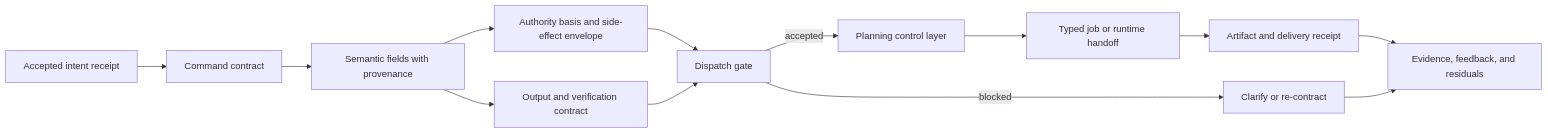
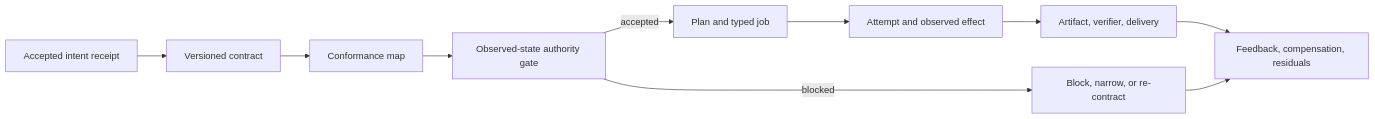
The first of 2 diagrams in chapters/intent-to-execution-contracts.qmd (corbensorenson/asi-stack-book), drawn with Mermaid before and after one commit. The commit also changed other lines of this file and 723 other files, not shown here.

````diff
--- a/chapters/intent-to-execution-contracts.qmd
+++ b/chapters/intent-to-execution-contracts.qmd
@@ -195,15 +198,21 @@
 ```{mermaid}
 flowchart LR
-  Intent["Accepted intent receipt"] --> Contract["Command contract"]
-  Contract --> Fields["Semantic fields with provenance"]
-  Fields --> Authority["Authority basis and side-effect envelope"]
-  Fields --> Output["Output and verification contract"]
-  Authority --> Gate["Dispatch gate"]
-  Output --> Gate
-  Gate -- "blocked" --> Recontract["Clarify or re-contract"]
-  Gate -- "accepted" --> Plan["Planning control layer"]
-  Plan --> Job["Typed job or runtime handoff"]
-  Job --> Artifact["Artifact and delivery receipt"]
-  Artifact --> Evidence["Evidence, feedback, and residuals"]
+  Intent["Accepted intent receipt"]
+  Contract["Versioned contract"]
+  Edge["Conformance map"]
+  Gate["Observed-state authority gate"]
+  Plan["Plan and typed job"]
+  Effect["Attempt and observed effect"]
+  Artifact["Artifact, verifier, delivery"]
+  Evidence["Feedback, compensation, residuals"]
+  Recontract["Block, narrow, or re-contract"]
+  Intent --> Contract
+  Contract --> Edge
+  Edge --> Gate
+  Gate -- "blocked" --> Recontract["Block, narrow, or re-contract"]
+  Gate -- "accepted" --> Plan
+  Plan --> Effect
+  Effect --> Artifact
+  Artifact --> Evidence
   Recontract --> Evidence
 ```
````
